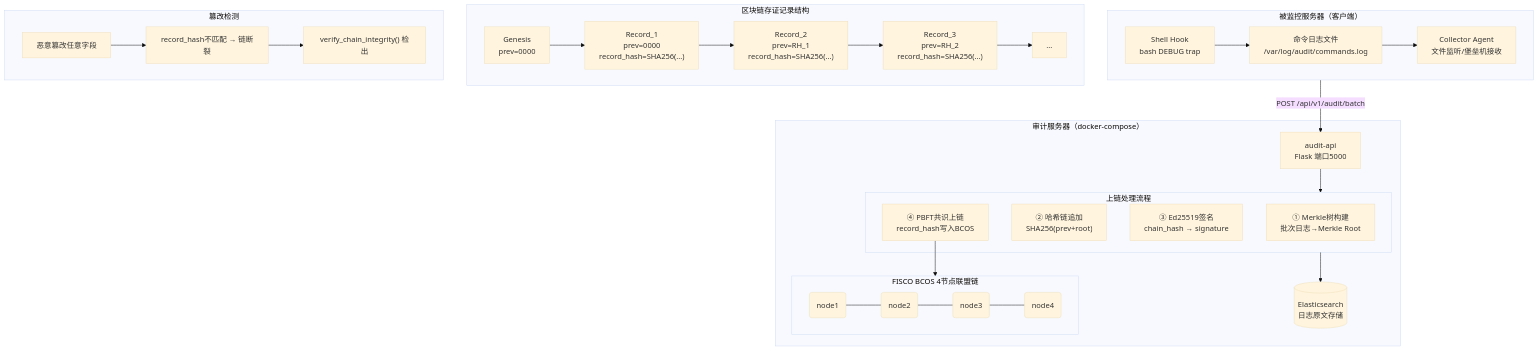
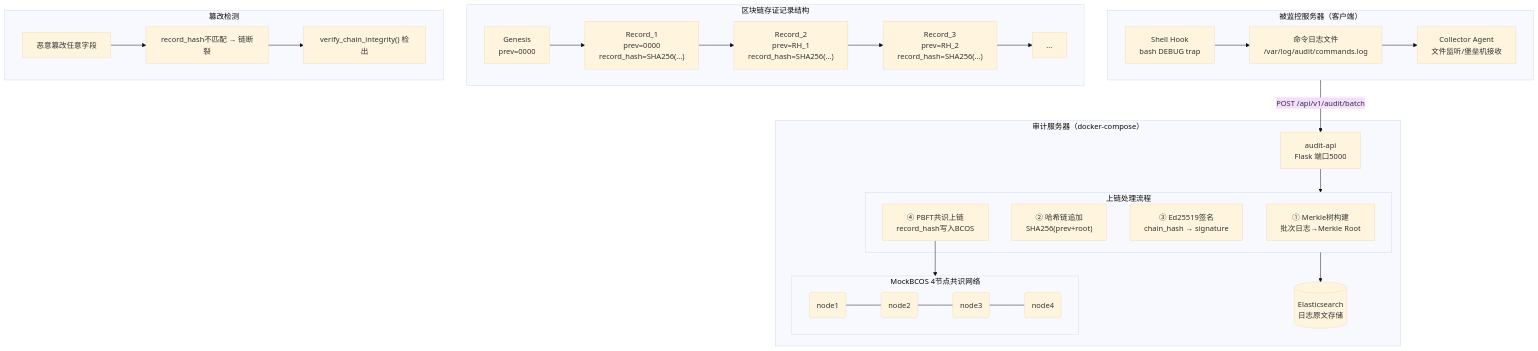
One commit to Rahn-grey/server-audit-chain changed the first of 2 diagrams in README.md. Above: the diagram before and after it, drawn with Mermaid (base theme). The commit also changed other lines of this file and 7 other files, not shown here.

First line of the commit message:
docs: 清理 FISCO BCOS 遗留引用，统一为 MockBCOS

````diff
--- a/README.md
+++ b/README.md
@@ -45,44 +45,44 @@
 ```mermaid
 flowchart TB
     subgraph 被监控服务器["被监控服务器（客户端）"]
         Hook["Shell Hook<br/>bash DEBUG trap"] --> LogFile["命令日志文件<br/>/var/log/audit/commands.log"]
         LogFile --> Collector["Collector Agent<br/>文件监听/堡垒机接收"]
     end
 
     subgraph 服务器["审计服务器（docker-compose）"]
         API["audit-api<br/>Flask 端口5000"]
 
         subgraph 处理流程["上链处理流程"]
             Merkle["① Merkle树构建<br/>批次日志→Merkle Root"]
             HashChain["② 哈希链追加<br/>SHA256(prev+root)"]
             Sign["③ Ed25519签名<br/>chain_hash → signature"]
             Consensus["④ PBFT共识上链<br/>record_hash写入BCOS"]
         end
 
         API --> 处理流程
         处理流程 --> ES[("Elasticsearch<br/>日志原文存储")]
 
-        subgraph BCOS["FISCO BCOS 4节点联盟链"]
+        subgraph BCOS["MockBCOS 4节点共识网络"]
             N1("node1") --- N2("node2")
             N2 --- N3("node3")
             N3 --- N4("node4")
         end
 
         Consensus --> BCOS
     end
 
     被监控服务器 -- "POST /api/v1/audit/batch" --> API
 
     subgraph 存证结构["区块链存证记录结构"]
         direction LR
         G["Genesis<br/>prev=0000"] --> R1["Record_1<br/>prev=0000<br/>record_hash=SHA256(...)"]
         R1 --> R2["Record_2<br/>prev=RH_1<br/>record_hash=SHA256(...)"]
         R2 --> R3["Record_3<br/>prev=RH_2<br/>record_hash=SHA256(...)"]
         R3 --> RN["..."]
     end
 
     subgraph 验证["篡改检测"]
         Tamper["恶意篡改任意字段"] --> Mismatch["record_hash不匹配 → 链断裂"]
         Mismatch --> Detect["verify_chain_integrity() 检出"]
     end
 ```
````
